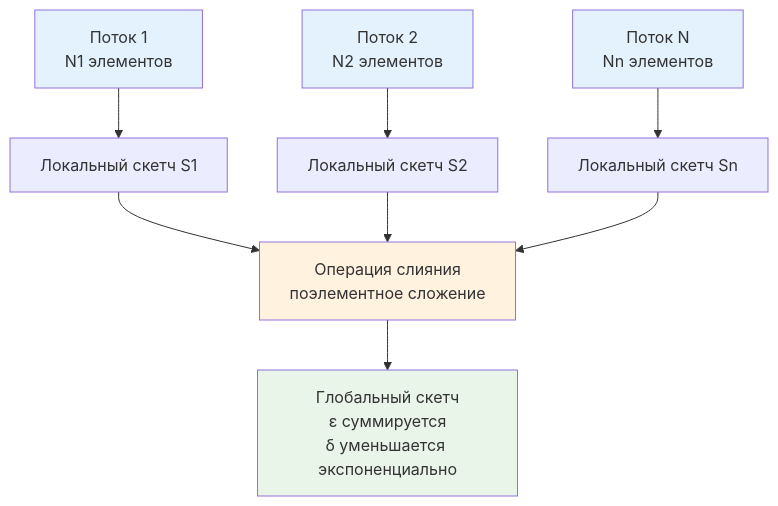
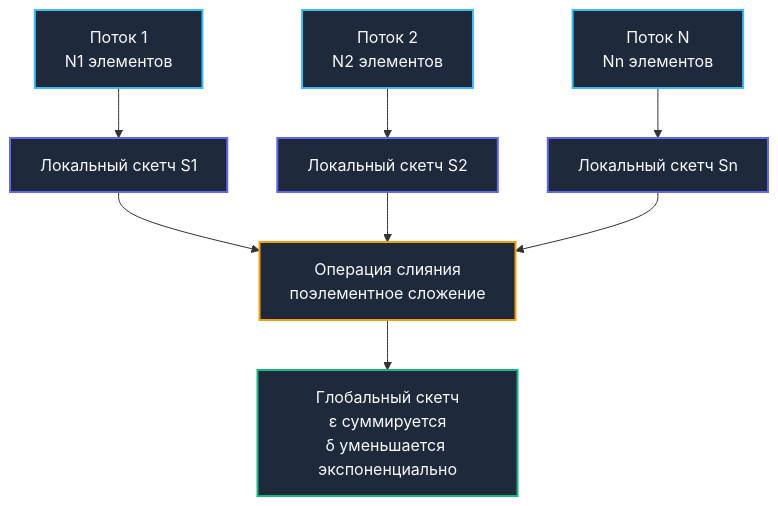
The diagram in sources/20. Алгоритмы и структуры данных (DSA) на Go/14. Практические паттерны/6. Approximate алгоритмы.md (UnrealTemplier/go-textbook), drawn with Mermaid before and after one commit. The commit also changed other lines of this file, not shown here.

````diff
--- a/sources/20. Алгоритмы и структуры данных (DSA) на Go/14. Практические паттерны/6. Approximate алгоритмы.md
+++ b/sources/20. Алгоритмы и структуры данных (DSA) на Go/14. Практические паттерны/6. Approximate алгоритмы.md
@@ -25,18 +28,21 @@
 ```mermaid
 flowchart TD
-    Flow1["Поток 1<br>N1 элементов"] --> Loc1["Локальный скетч S1"]
-    Flow2["Поток 2<br>N2 элементов"] --> Loc2["Локальный скетч S2"]
-    Flow3["Поток N<br>Nn элементов"] --> Loc3["Локальный скетч Sn"]
+    Flow1["Поток 1<br/>N1 элементов"] --> Loc1["Локальный скетч S1"]
+    Flow2["Поток 2<br/>N2 элементов"] --> Loc2["Локальный скетч S2"]
+    Flow3["Поток N<br/>Nn элементов"] --> Loc3["Локальный скетч Sn"]
     
-    Loc1 --> Merge["Операция слияния<br>поэлементное сложение"]
+    Loc1 --> Merge["Операция слияния<br/>поэлементное сложение"]
     Loc2 --> Merge
     Loc3 --> Merge
     
-    Merge --> Global["Глобальный скетч<br>ε суммируется<br>δ уменьшается экспоненциально"]
+    Merge --> Global["Глобальный скетч<br/>ε суммируется<br/>δ уменьшается экспоненциально"]
     
-    style Flow1 fill:#e3f2fd
-    style Flow2 fill:#e3f2fd
-    style Flow3 fill:#e3f2fd
-    style Merge fill:#fff3e0
-    style Global fill:#e8f5e8
+    style Flow1 fill:#1e293b,stroke:#38bdf8,stroke-width:2px,color:#f8fafc
+    style Flow2 fill:#1e293b,stroke:#38bdf8,stroke-width:2px,color:#f8fafc
+    style Flow3 fill:#1e293b,stroke:#38bdf8,stroke-width:2px,color:#f8fafc
+    style Loc1 fill:#1e293b,stroke:#6366f1,stroke-width:2px,color:#f8fafc
+    style Loc2 fill:#1e293b,stroke:#6366f1,stroke-width:2px,color:#f8fafc
+    style Loc3 fill:#1e293b,stroke:#6366f1,stroke-width:2px,color:#f8fafc
+    style Merge fill:#1e293b,stroke:#f59e0b,stroke-width:2px,color:#f8fafc
+    style Global fill:#1e293b,stroke:#10b981,stroke-width:2px,color:#f8fafc
 ```
````
